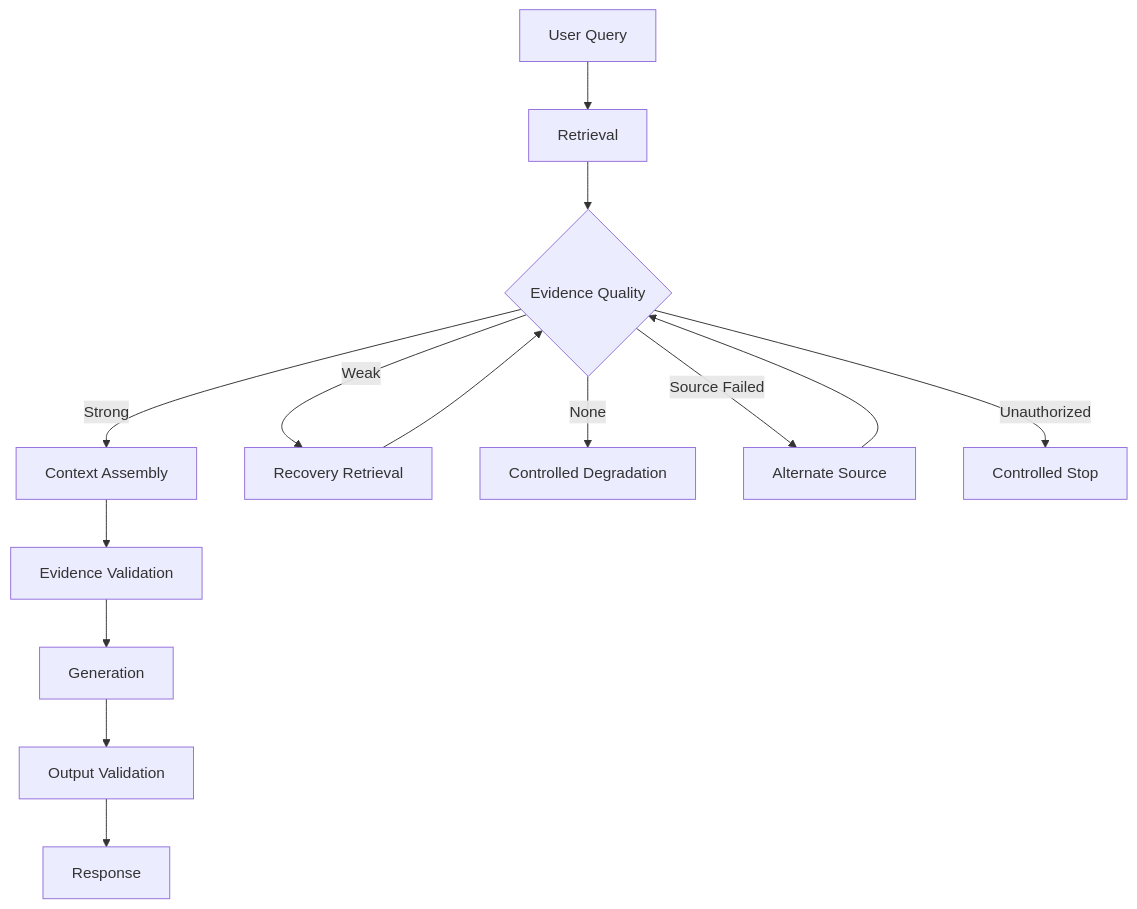
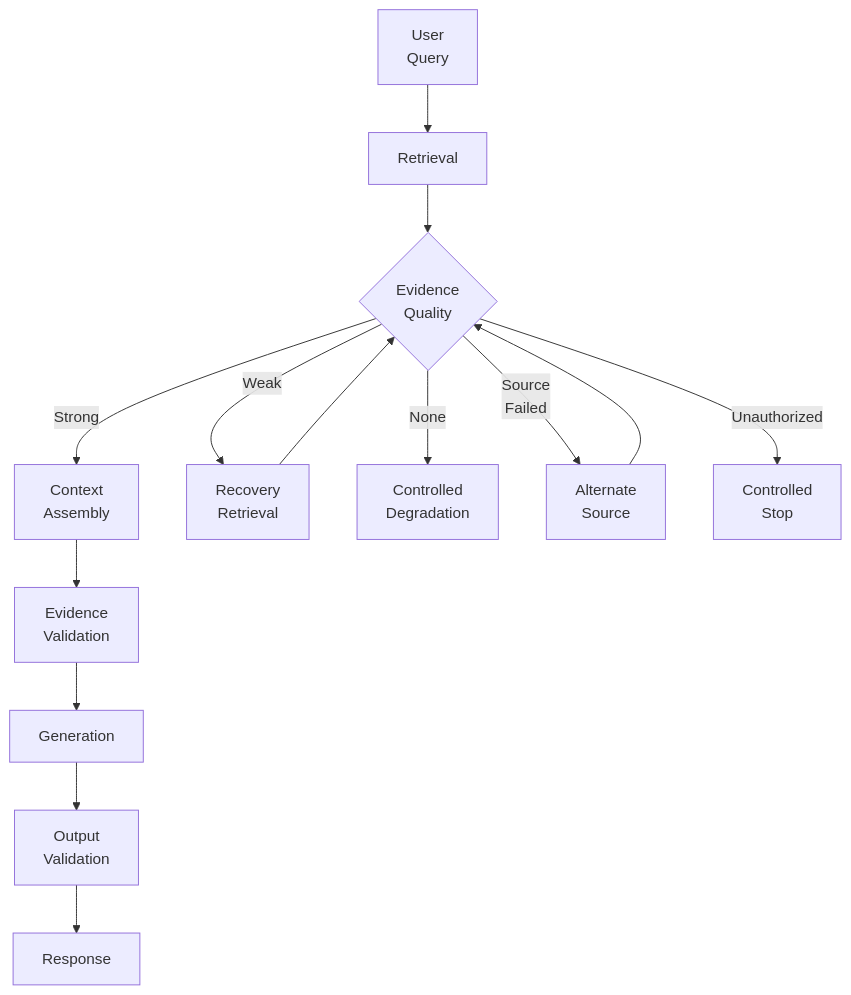
Before and after one commit to MihirKJha/enterprise-ai-blog: the third of 4 diagrams in docs/architecture-insights/genai-and-rag/2.1-designing-reliable-enterprise-ai-failure-fallback-control.md, drawn with Mermaid. The commit also changed other lines of this file, not shown here.

````diff
--- a/docs/architecture-insights/genai-and-rag/2.1-designing-reliable-enterprise-ai-failure-fallback-control.md
+++ b/docs/architecture-insights/genai-and-rag/2.1-designing-reliable-enterprise-ai-failure-fallback-control.md
@@ -269,16 +269,16 @@
 ```mermaid
 graph TD
-    Q[User Query] --> R[Retrieval]
-    R --> E{Evidence Quality}
-    E -->|Strong| C[Context Assembly]
-    E -->|Weak| RR[Recovery Retrieval]
-    E -->|None| D[Controlled Degradation]
-    E -->|Source Failed| AS[Alternate Source]
-    E -->|Unauthorized| STOP[Controlled Stop]
+    Q[User<br/>Query] --> R[Retrieval]
+    R --> E{Evidence<br/>Quality}
+    E -->|Strong| C[Context<br/>Assembly]
+    E -->|Weak| RR[Recovery<br/>Retrieval]
+    E -->|None| D[Controlled<br/>Degradation]
+    E -->|Source<br/>Failed| AS[Alternate<br/>Source]
+    E -->|Unauthorized| STOP[Controlled<br/>Stop]
     RR --> E
     AS --> E
-    C --> V[Evidence Validation]
+    C --> V[Evidence<br/>Validation]
     V --> G[Generation]
-    G --> O[Output Validation]
+    G --> O[Output<br/>Validation]
     O --> RESP[Response]
 ```
````
